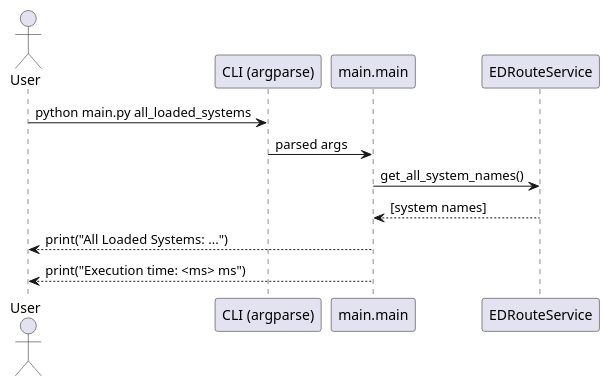
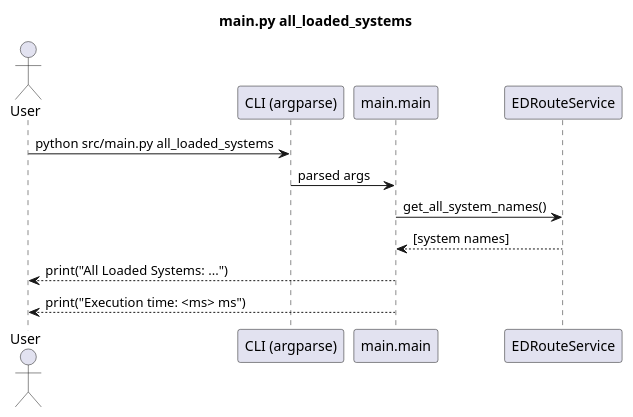
Before and after one commit to fazleskhan/elite_dangerous_discord_tools: the first of 6 diagrams in docs/main_sequences.puml, drawn with PlantUML. The commit also changed other lines of this file and 25 other files, not shown here.

Commit message:
updated README.md and sequence diagrams

```diff
--- a/docs/main_sequences.puml
+++ b/docs/main_sequences.puml
@@ -1,13 +1,14 @@
-@startuml all_loaded_systems
+@startuml main_all_loaded_systems
+title main.py all_loaded_systems
 actor User
 participant "CLI (argparse)" as CLI
 participant "main.main" as Main
 participant "EDRouteService" as Route
 
-User -> CLI : python main.py all_loaded_systems
+User -> CLI : python src/main.py all_loaded_systems
 CLI -> Main : parsed args
 Main -> Route : get_all_system_names()
 Route --> Main : [system names]
 Main --> User : print("All Loaded Systems: ...")
 Main --> User : print("Execution time: <ms> ms")
 @enduml
```
